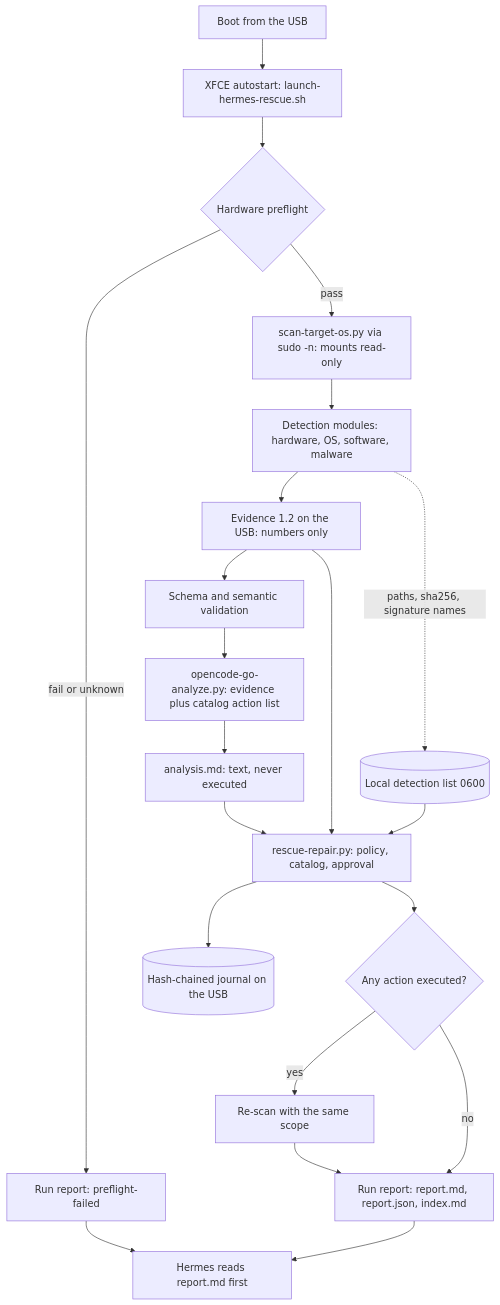
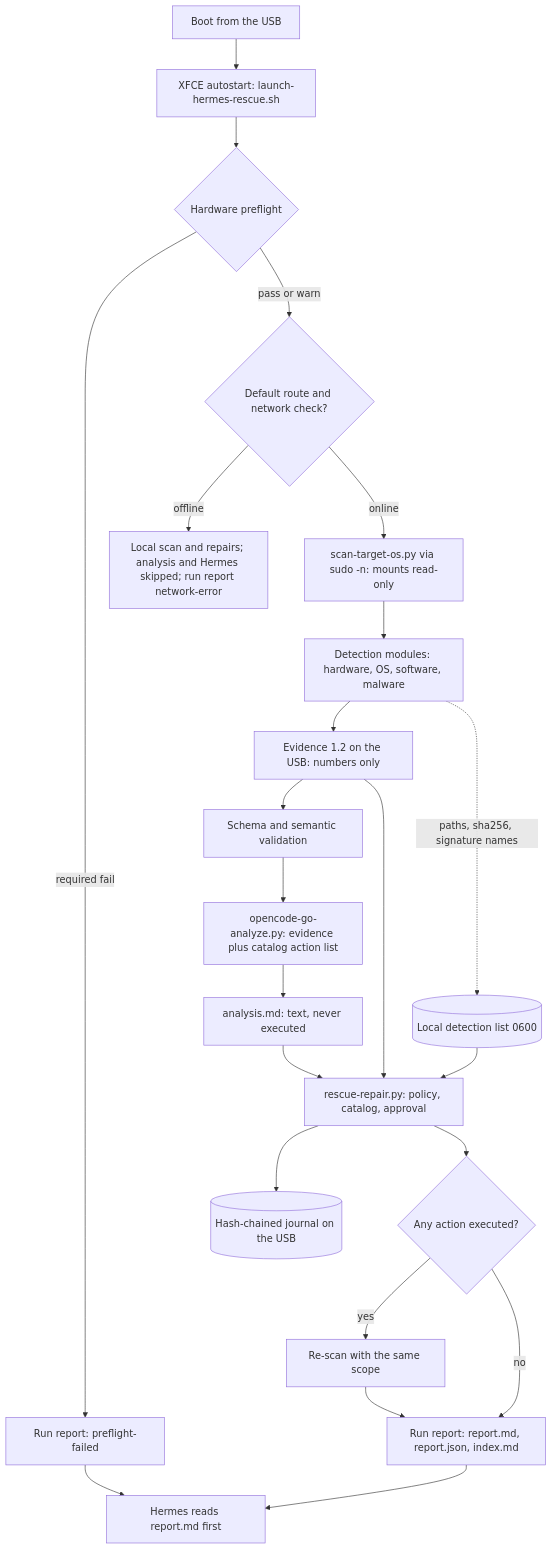
One commit to ahliweb/linux-mint-xfce-rescue-ai changed the third of 16 diagrams in docs/design.md. Above: the diagram before and after it, drawn with Mermaid. The commit also changed other lines of this file and 16 other files, not shown here.

First line of the commit message:
fix: live preflight degrades instead of aborting (offline, Ventoy dm media, visible terminal)

````diff
--- a/docs/design.md
+++ b/docs/design.md
@@ -60,23 +60,25 @@
 ```mermaid
 flowchart TD
     B[Boot from the USB] --> AS[XFCE autostart: launch-hermes-rescue.sh]
     AS --> PF{Hardware preflight}
-    PF -- fail or unknown --> RF[Run report: preflight-failed]
-    PF -- pass --> SC["scan-target-os.py via sudo -n: mounts read-only"]
+    PF -- required fail --> RF[Run report: preflight-failed]
+    PF -- pass or warn --> NET{Default route and network check?}
+    NET -- offline --> OFF[Local scan and repairs; analysis and Hermes skipped; run report network-error]
+    NET -- online --> SC["scan-target-os.py via sudo -n: mounts read-only"]
     SC --> MOD[Detection modules: hardware, OS, software, malware]
     MOD --> EV["Evidence 1.2 on the USB: numbers only"]
     MOD -. paths, sha256, signature names .-> DL[("Local detection list 0600")]
     EV --> VAL[Schema and semantic validation]
     VAL --> AN[opencode-go-analyze.py: evidence plus catalog action list]
     AN --> TXT[analysis.md: text, never executed]
     EV --> RE["rescue-repair.py: policy, catalog, approval"]
     TXT --> RE
     DL --> RE
     RE --> JR[("Hash-chained journal on the USB")]
     RE --> RS{Any action executed?}
     RS -- yes --> RS2[Re-scan with the same scope]
     RS -- no --> RP
     RS2 --> RP[Run report: report.md, report.json, index.md]
     RF --> HE
     RP --> HE[Hermes reads report.md first]
 ```
````
